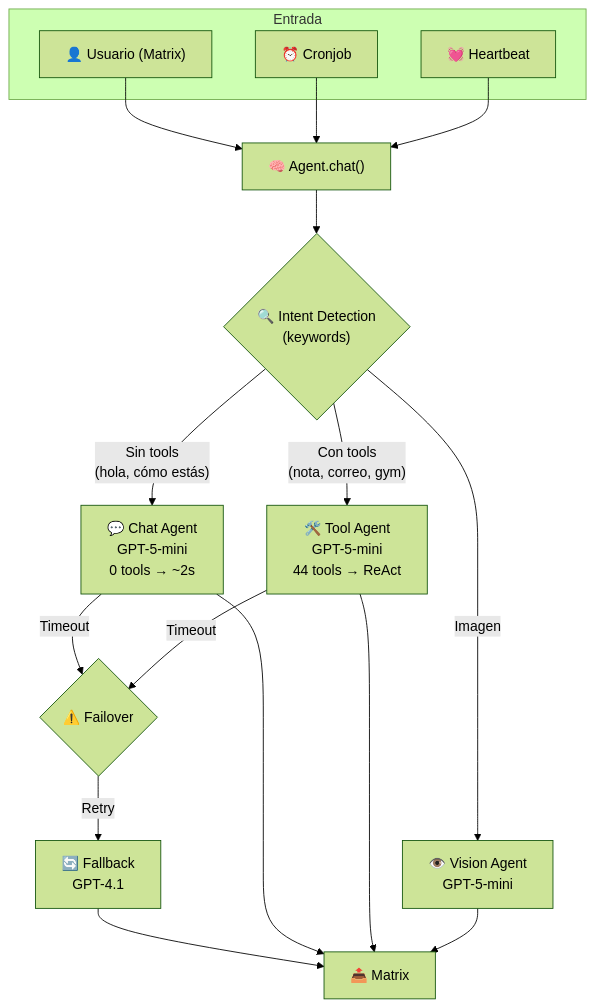
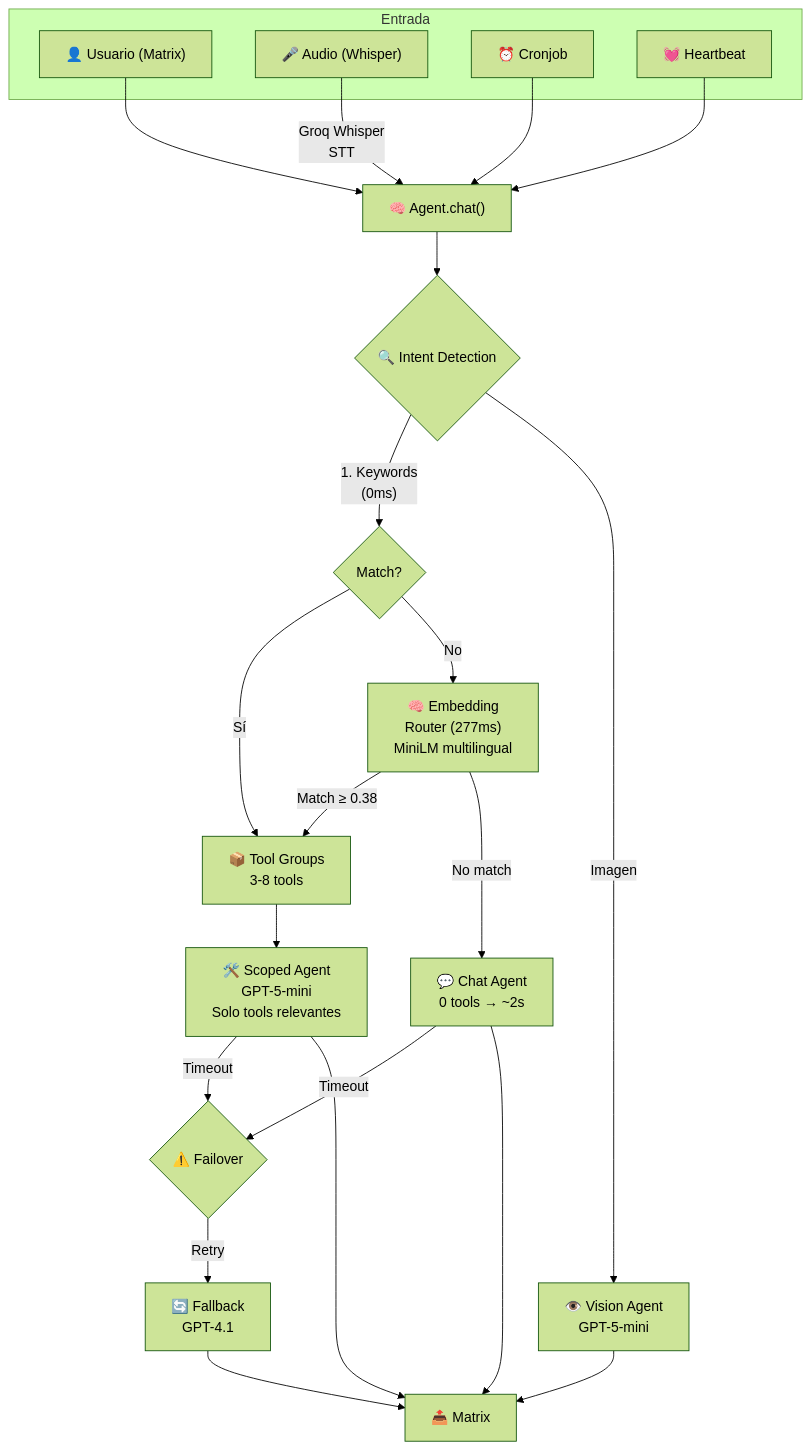
Before and after one commit to judmontoyaso/jada: the diagram in README.md, drawn with Mermaid (forest theme). The commit also changed other lines of this file and 3 other files, not shown here.

Commit message:
feat: Implement semantic tool group routing with embeddings as a fallback for keyword-based intent detection.

````diff
--- a/README.md
+++ b/README.md
@@ -23,27 +23,35 @@
 ```mermaid
 graph TD
     subgraph "Entrada"
         M["👤 Usuario (Matrix)"]
+        A["🎤 Audio (Whisper)"]
         C["⏰ Cronjob"]
         H["💓 Heartbeat"]
     end
 
     M --> R["🧠 Agent.chat()"]
+    A -->|"Groq Whisper<br/>STT"| R
     C --> R
     H --> R
 
-    R --> D{"🔍 Intent Detection<br/>(keywords)"}
+    R --> D{"🔍 Intent Detection"}
 
-    D -->|"Sin tools<br/>(hola, cómo estás)"| CHAT["💬 Chat Agent<br/>GPT-5-mini<br/>0 tools → ~2s"]
-    D -->|"Con tools<br/>(nota, correo, gym)"| TOOL["🛠️ Tool Agent<br/>GPT-5-mini<br/>44 tools → ReAct"]
+    D -->|"1. Keywords<br/>(0ms)"| KW{"Match?"}
+    KW -->|"Sí"| GRP["📦 Tool Groups<br/>3-8 tools"]
+    KW -->|"No"| EMB["🧠 Embedding<br/>Router (277ms)<br/>MiniLM multilingual"]
+    EMB -->|"Match ≥ 0.38"| GRP
+    EMB -->|"No match"| CHAT["💬 Chat Agent<br/>0 tools → ~2s"]
+
+    GRP --> TOOL["🛠️ Scoped Agent<br/>GPT-5-mini<br/>Solo tools relevantes"]
+
     D -->|"Imagen"| VIS["👁️ Vision Agent<br/>GPT-5-mini"]
 
     CHAT -->|"Timeout"| FB{"⚠️ Failover"}
     TOOL -->|"Timeout"| FB
 
     FB -->|"Retry"| FALL["🔄 Fallback<br/>GPT-4.1"]
     FALL --> OUT["📤 Matrix"]
     CHAT --> OUT
     TOOL --> OUT
     VIS --> OUT
 ```
````
